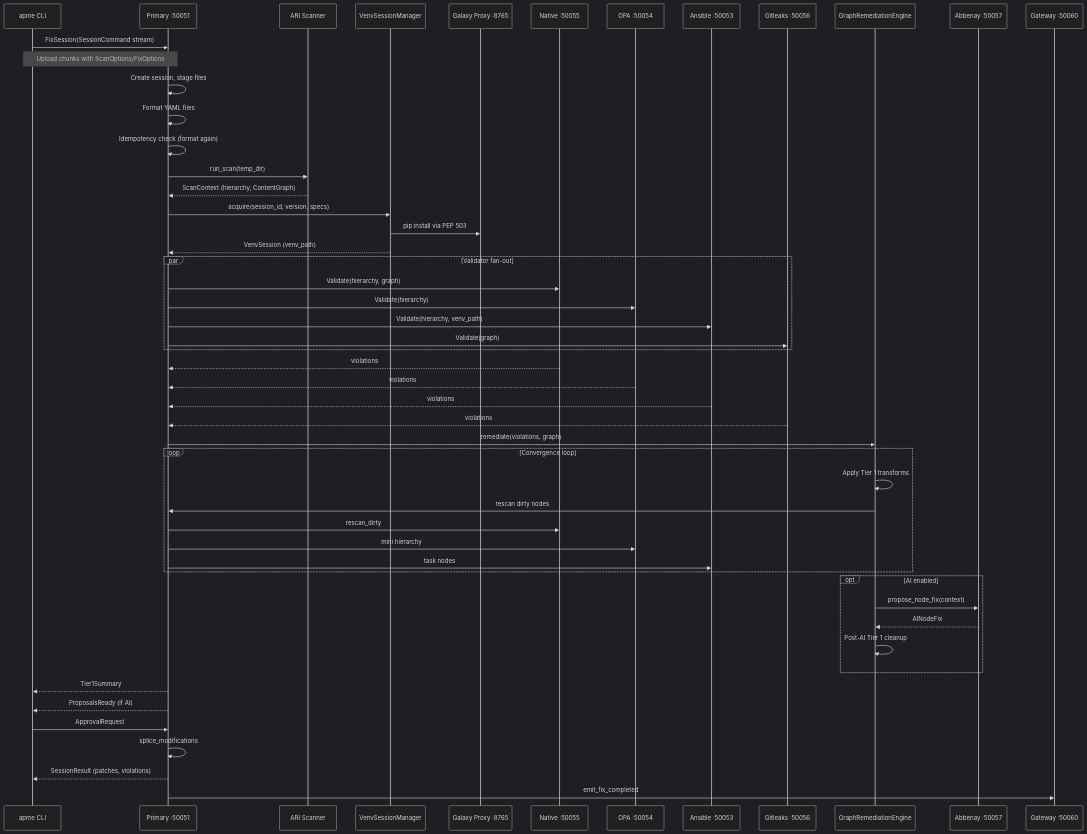
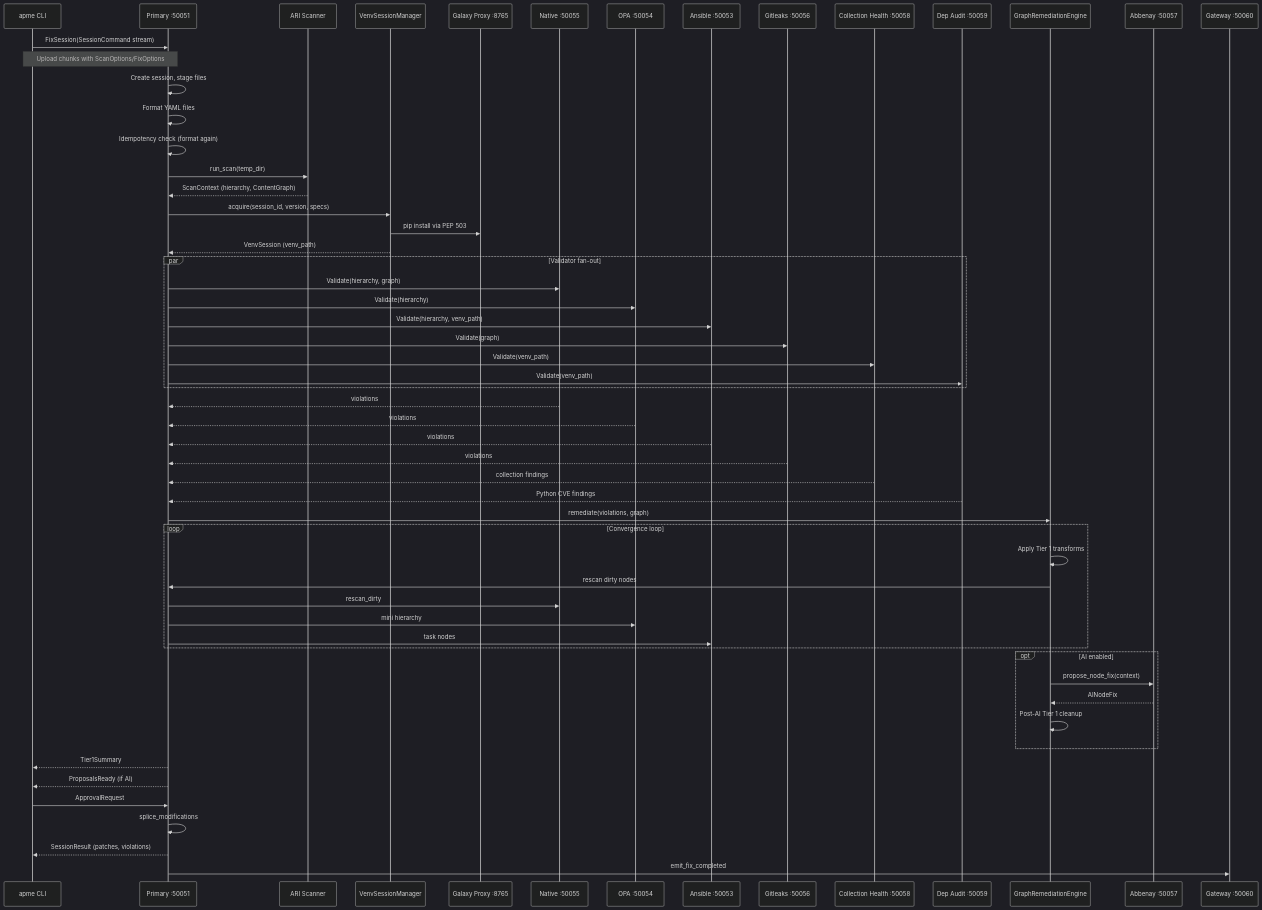
The diagram in docs/architecture/00-overview.md (ganeshrn/apme), drawn with Mermaid (dark theme) before and after one commit. The commit also changed other lines of this file and 63 other files, not shown here.

First line of the commit message:
feat(daemon): add dependency health scanning with collection health and Python CVE validators (#260)

````diff
--- a/docs/architecture/00-overview.md
+++ b/docs/architecture/00-overview.md
@@ -14,64 +14,70 @@
 ```mermaid
 sequenceDiagram
     participant CLI as apme CLI
     participant Primary as Primary :50051
     participant Engine as ARI Scanner
     participant Venv as VenvSessionManager
     participant Galaxy as Galaxy Proxy :8765
     participant Native as Native :50055
     participant OPA as OPA :50054
     participant Ansible as Ansible :50053
     participant Gitleaks as Gitleaks :50056
+    participant CollHealth as Collection Health :50058
+    participant DepAudit as Dep Audit :50059
     participant Remediation as GraphRemediationEngine
     participant AI as Abbenay :50057
     participant Gateway as Gateway :50060
 
     CLI->>Primary: FixSession(SessionCommand stream)
     Note over CLI,Primary: Upload chunks with ScanOptions/FixOptions
 
     Primary->>Primary: Create session, stage files
 
     Primary->>Primary: Format YAML files
     Primary->>Primary: Idempotency check (format again)
 
     Primary->>Engine: run_scan(temp_dir)
     Engine-->>Primary: ScanContext (hierarchy, ContentGraph)
 
     Primary->>Venv: acquire(session_id, version, specs)
     Venv->>Galaxy: pip install via PEP 503
     Venv-->>Primary: VenvSession (venv_path)
 
     par Validator fan-out
         Primary->>Native: Validate(hierarchy, graph)
         Primary->>OPA: Validate(hierarchy)
         Primary->>Ansible: Validate(hierarchy, venv_path)
         Primary->>Gitleaks: Validate(graph)
+        Primary->>CollHealth: Validate(venv_path)
+        Primary->>DepAudit: Validate(venv_path)
     end
     Native-->>Primary: violations
     OPA-->>Primary: violations
     Ansible-->>Primary: violations
     Gitleaks-->>Primary: violations
+    CollHealth-->>Primary: collection findings
+    DepAudit-->>Primary: Python CVE findings
 
     Primary->>Remediation: remediate(violations, graph)
     loop Convergence loop
         Remediation->>Remediation: Apply Tier 1 transforms
         Remediation->>Primary: rescan dirty nodes
         Primary->>Native: rescan_dirty
         Primary->>OPA: mini hierarchy
         Primary->>Ansible: task nodes
     end
 
     opt AI enabled
         Remediation->>AI: propose_node_fix(context)
         AI-->>Remediation: AINodeFix
         Remediation->>Remediation: Post-AI Tier 1 cleanup
     end
 
     Primary-->>CLI: Tier1Summary
     Primary-->>CLI: ProposalsReady (if AI)
     CLI->>Primary: ApprovalRequest
 
     Primary->>Primary: splice_modifications
     Primary-->>CLI: SessionResult (patches, violations)
     Primary->>Gateway: emit_fix_completed
 ```
````
